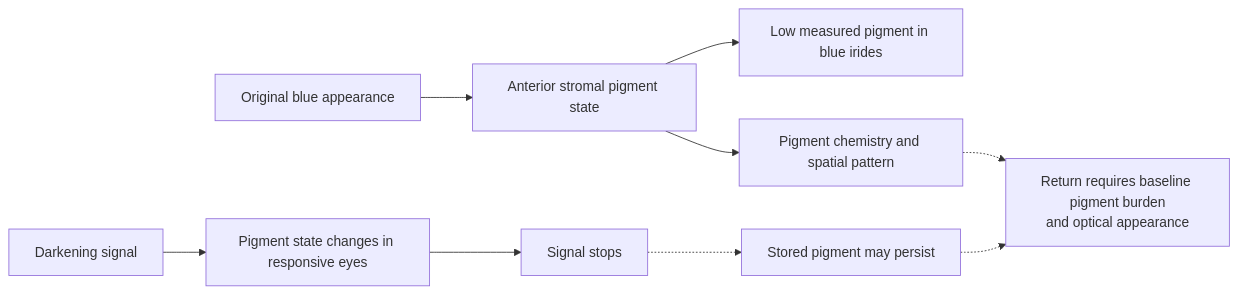
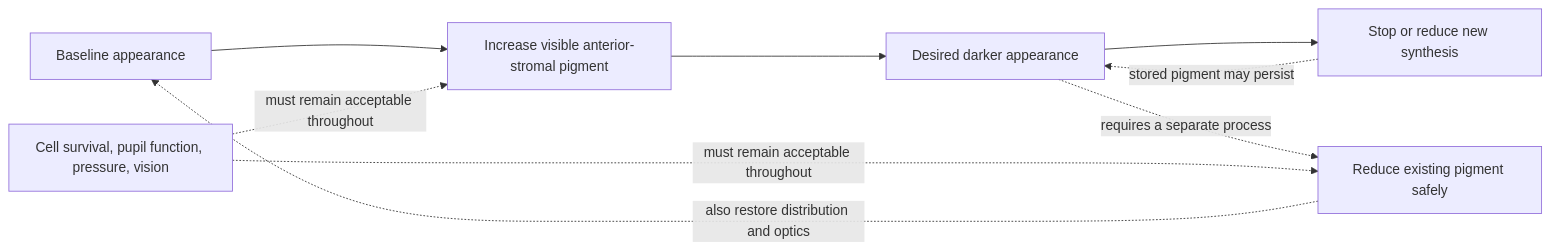
The first of 2 diagrams in research/bidirectional-reversibility.md (dylanstechmann/iris-color-without-contacts), drawn with Mermaid before and after one commit. The commit also changed other lines of this file, not shown here.

````diff
--- a/research/bidirectional-reversibility.md
+++ b/research/bidirectional-reversibility.md
@@ -13,11 +15,11 @@
 ```mermaid
 flowchart LR
-    A["Original blue appearance"] --> B["Anterior stromal pigment state"]
-    B --> C["Low measured pigment in blue irides"]
-    B --> D["Pigment chemistry and spatial pattern"]
-    E["Darkening signal"] --> F["Pigment state changes in responsive eyes"]
-    F --> G["Signal stops"]
-    G -.-> H["Stored pigment may persist"]
-    H -.-> I["Return requires baseline pigment burden<br/>and optical appearance"]
-    D -.-> I
+    A["Baseline appearance"] --> B["Increase visible anterior-stromal pigment"]
+    B --> C["Desired darker appearance"]
+    C --> D["Stop or reduce new synthesis"]
+    D -. "stored pigment may persist" .-> C
+    C -. "requires a separate process" .-> E["Reduce existing pigment safely"]
+    E -. "also restore distribution and optics" .-> A
+    F["Cell survival, pupil function, pressure, vision"] -. "must remain acceptable throughout" .-> B
+    F -. "must remain acceptable throughout" .-> E
 ```
````
